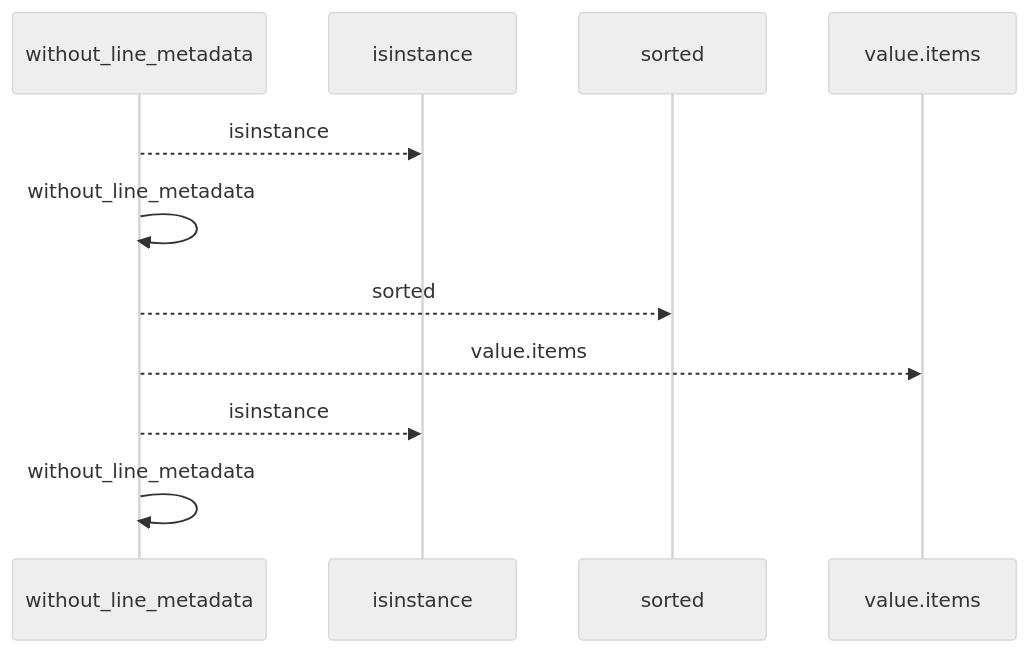
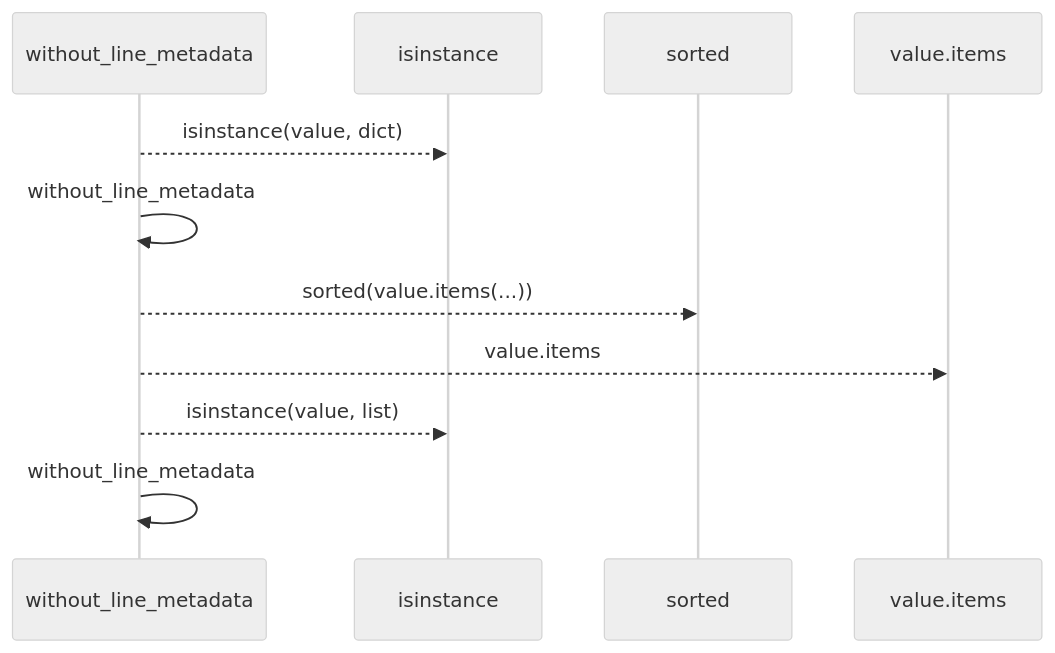
Before and after one commit to Denissvgn/python-wiki-llm: the first of 2 diagrams in docs/llm_wiki/flows/api-without_line_metadata.md, drawn with Mermaid (neutral theme). The commit also changed other lines of this file and 1410 other files, not shown here.

````diff
--- a/docs/llm_wiki/flows/api-without_line_metadata.md
+++ b/docs/llm_wiki/flows/api-without_line_metadata.md
@@ -10,13 +12,13 @@
 ```mermaid
 sequenceDiagram
     participant p0 as without_line_metadata
     participant p1 as isinstance
     participant p2 as sorted
     participant p3 as value.items
-    p0-->>p1: isinstance
+    p0-->>p1: isinstance(value, dict)
     p0->>p0: without_line_metadata
-    p0-->>p2: sorted
+    p0-->>p2: sorted(value.items(...))
     p0-->>p3: value.items
-    p0-->>p1: isinstance
+    p0-->>p1: isinstance(value, list)
     p0->>p0: without_line_metadata
 ```
````
